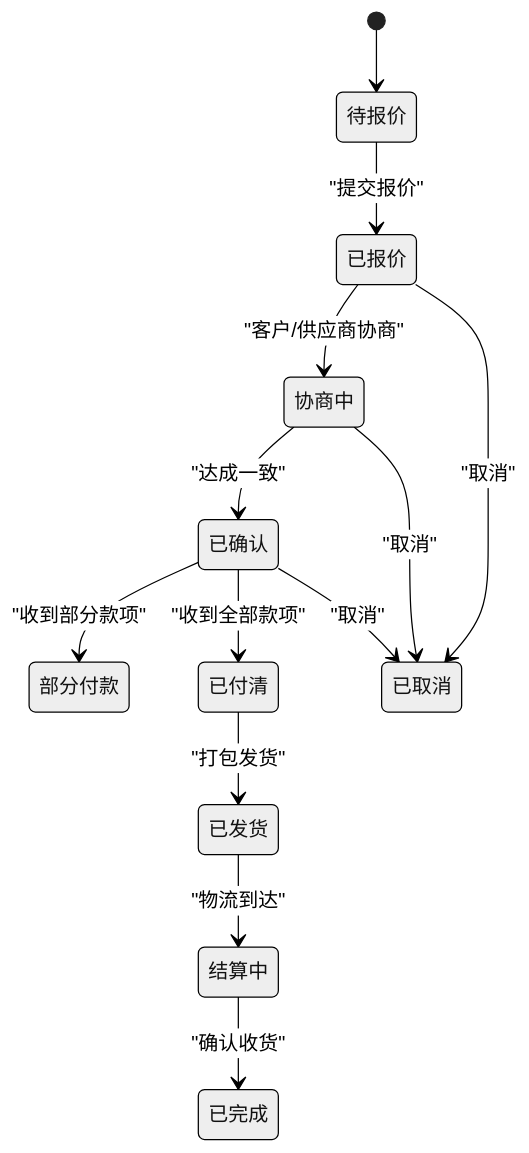
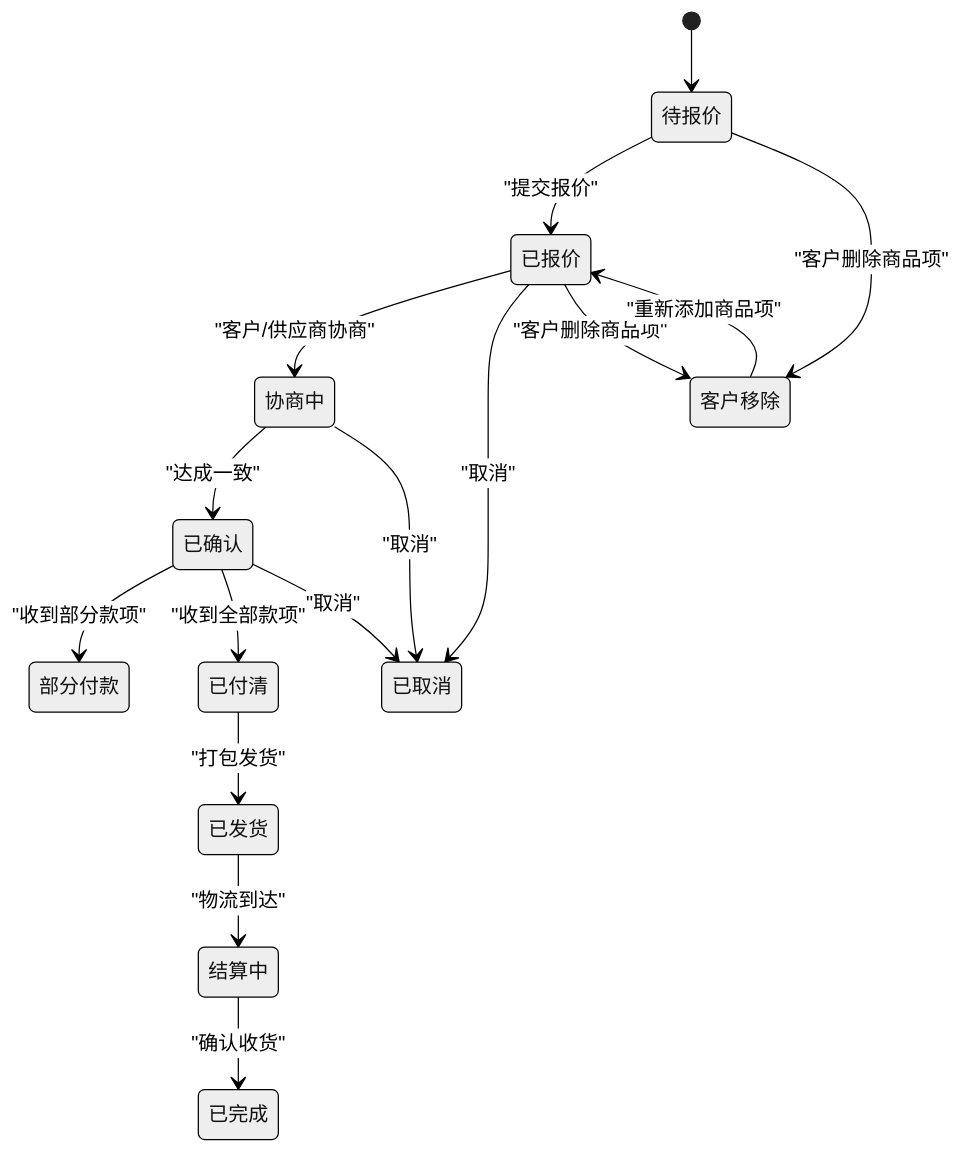
Before and after one commit to three3638-arch/celestia_2b: the third of 8 diagrams in .qoder/repowiki/zh/content/API接口文档/订单API.md, drawn with Mermaid (neutral theme). The commit also changed other lines of this file and 5 other files, not shown here.

````diff
--- a/.qoder/repowiki/zh/content/API接口文档/订单API.md
+++ b/.qoder/repowiki/zh/content/API接口文档/订单API.md
@@ -133,15 +154,18 @@
 ```mermaid
 stateDiagram-v2
 [*] --> 待报价
 待报价 --> 已报价 : "提交报价"
 已报价 --> 协商中 : "客户/供应商协商"
 协商中 --> 已确认 : "达成一致"
 已确认 --> 部分付款 : "收到部分款项"
 已确认 --> 已付清 : "收到全部款项"
 已付清 --> 已发货 : "打包发货"
 已发货 --> 结算中 : "物流到达"
 结算中 --> 已完成 : "确认收货"
 已报价 --> 已取消 : "取消"
 协商中 --> 已取消 : "取消"
 已确认 --> 已取消 : "取消"
+待报价 --> 客户移除 : "客户删除商品项"
+已报价 --> 客户移除 : "客户删除商品项"
+客户移除 --> 已报价 : "重新添加商品项"
 ```
````
